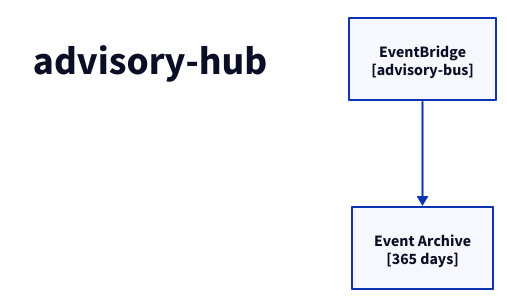
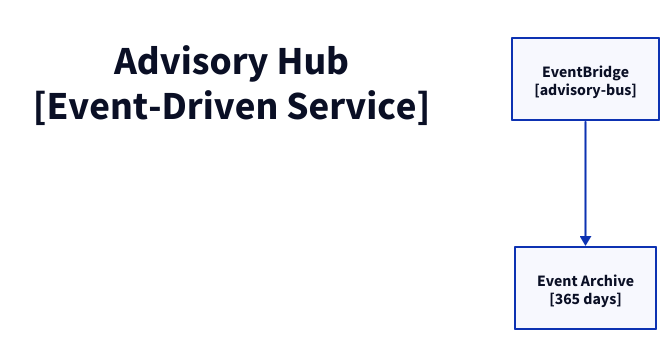
One commit to fabio-vitali/nestfolio changed the diagram in docs/architecture/c3/advisory-hub.d2. Above: the diagram before and after it, drawn with D2. The commit also changed 71 other files, not shown here.

Commit message:
fix: regenerate C4 diagrams with semantic labels

```diff
--- a/docs/architecture/c3/advisory-hub.d2
+++ b/docs/architecture/c3/advisory-hub.d2
@@ -1,11 +1,11 @@
 direction: down
 
-title: "advisory-hub" {
+title: "Advisory Hub\n[Event-Driven Service]" {
   style: { font-size: 40; bold: true; fill: transparent; stroke: transparent }
 }
 
 advisory-bus: "EventBridge\n[advisory-bus]" { class: aws-eventbridge }
 archive: "Event Archive\n[365 days]" { class: aws-s3 }
 advisory-bus -> archive
 
 # Flows
```
